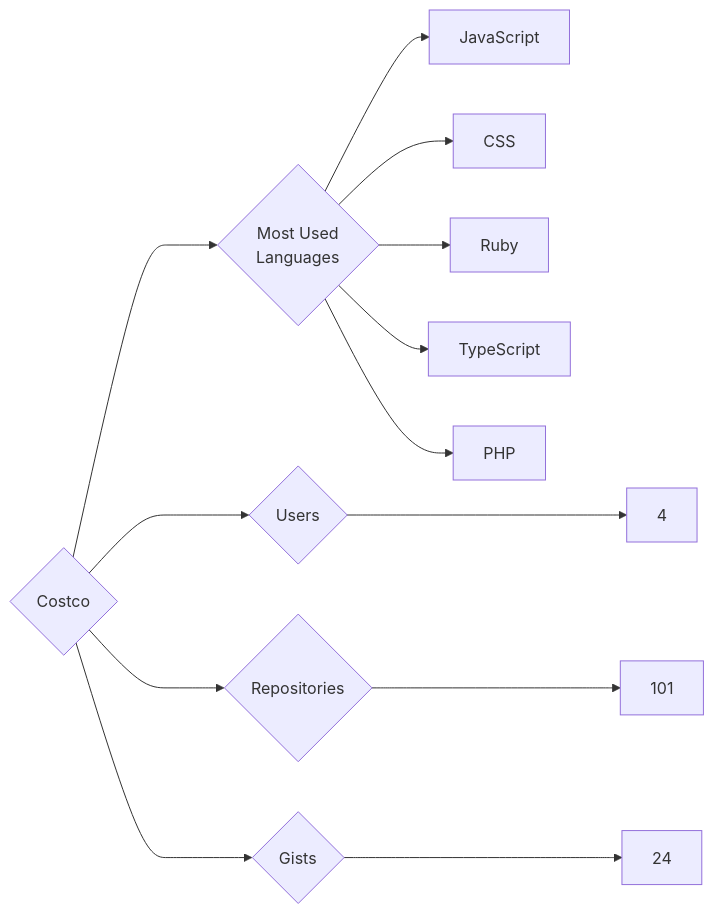
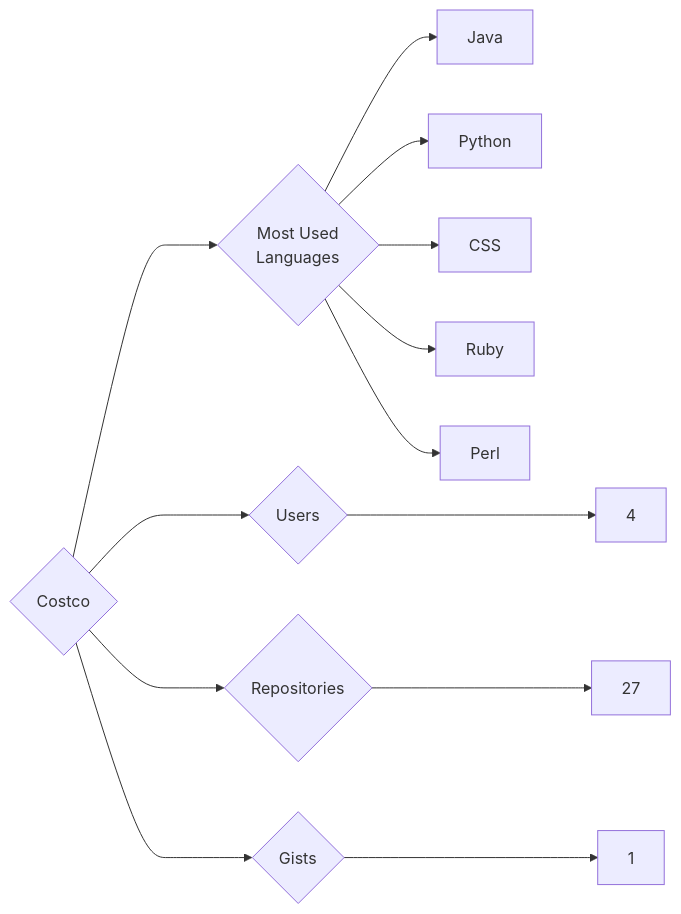
Before and after one commit to trickest/insiders: the diagram in targets/Costco/README.md, drawn with Mermaid. The commit also changed 1175 other files, not shown here.

````diff
--- a/targets/Costco/README.md
+++ b/targets/Costco/README.md
@@ -3,13 +3,13 @@
 ```mermaid
 graph LR
 COMPANY_NAME{Costco}
 COMPANY_NAME ---> U{Users} ---> UN[4]
-COMPANY_NAME ---> R{Repositories} ---> RN[101]
-COMPANY_NAME ---> G{Gists} ---> GN[24]
+COMPANY_NAME ---> R{Repositories} ---> RN[27]
+COMPANY_NAME ---> G{Gists} ---> GN[1]
 COMPANY_NAME ---> ML{Most Used<br>Languages}
-ML --> JavaScript[JavaScript]
+ML --> Java[Java]
+ML --> Python[Python]
 ML --> CSS[CSS]
 ML --> Ruby[Ruby]
-ML --> TypeScript[TypeScript]
-ML --> PHP[PHP]
+ML --> Perl[Perl]
 ```
````
